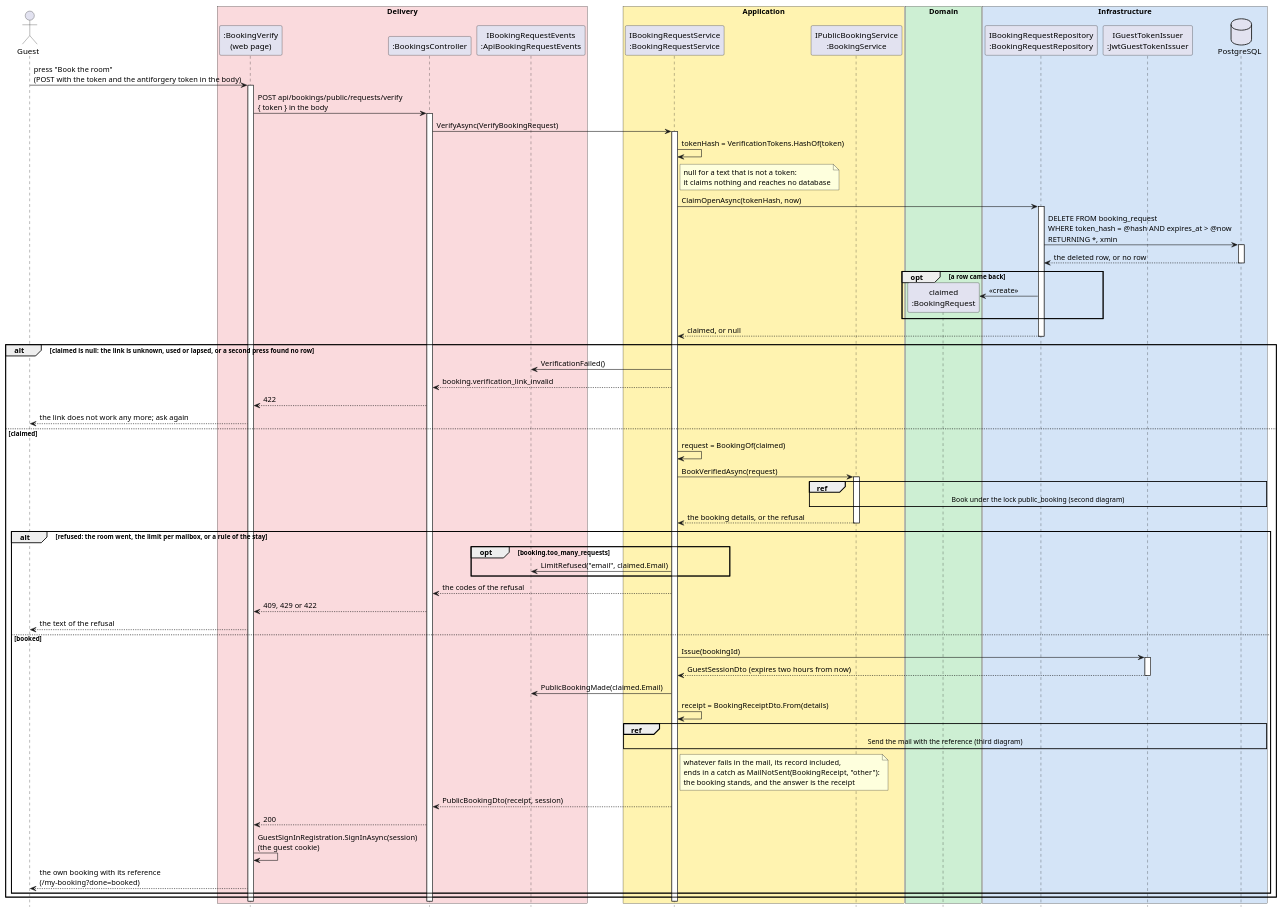
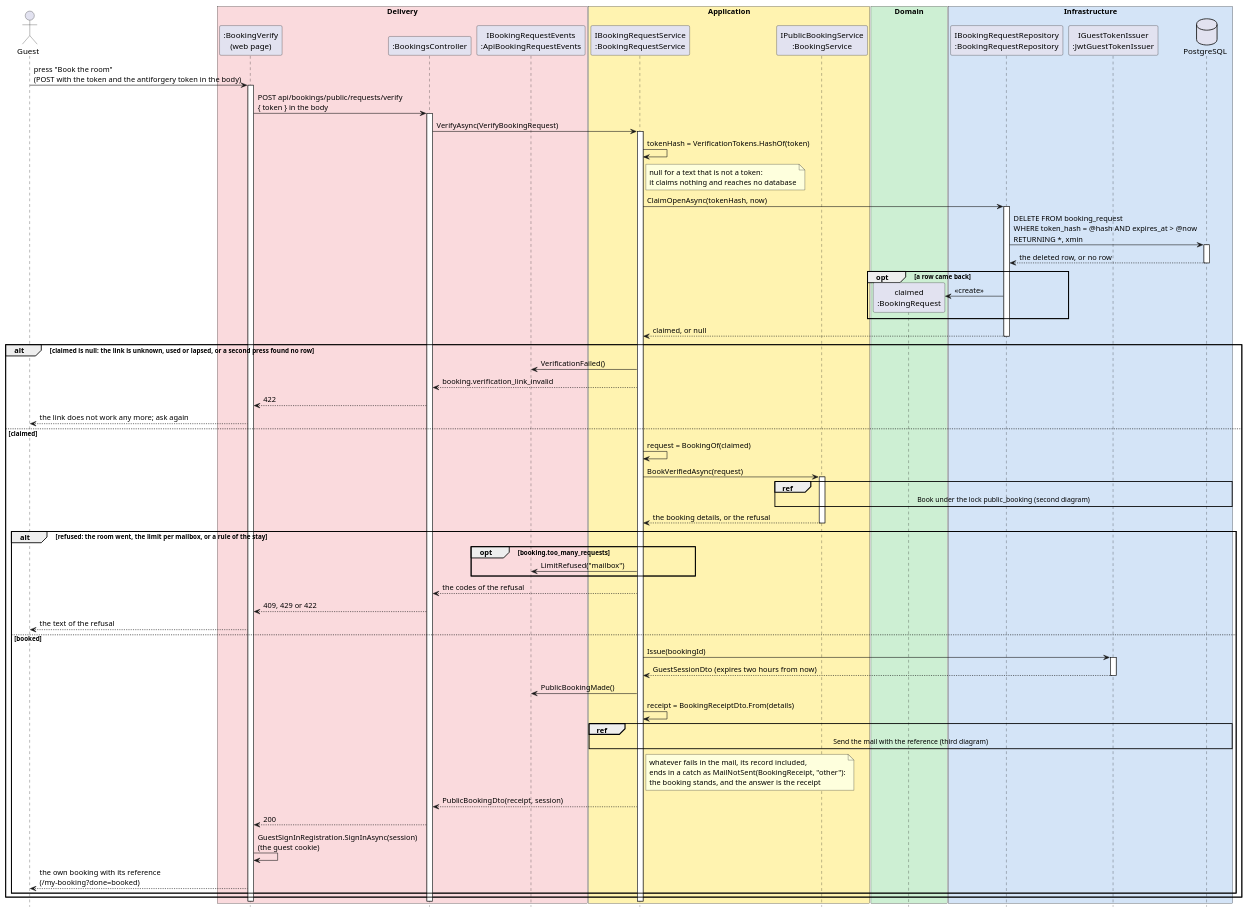
The first of 3 diagrams in docs/use-cases/uc-011/sd.md (NF-Hotel/NFHotel), drawn with PlantUML before and after one commit. The commit also changed other lines of this file and 40 other files, not shown here.

```diff
--- a/docs/use-cases/uc-011/sd.md
+++ b/docs/use-cases/uc-011/sd.md
@@ -98,7 +99,7 @@
   deactivate Book
   alt refused: the room went, the limit per mailbox, or a rule of the stay
     opt booking.too_many_requests
-      Svc -> Events : LimitRefused("email", claimed.Email)
+      Svc -> Events : LimitRefused("mailbox")
     end
     Svc --> Ctl : the codes of the refusal
     Ctl --> Page : 409, 429 or 422
@@ -108,7 +109,7 @@
     activate Tokens
     Tokens --> Svc : GuestSessionDto (expires two hours from now)
     deactivate Tokens
-    Svc -> Events : PublicBookingMade(claimed.Email)
+    Svc -> Events : PublicBookingMade()
     Svc -> Svc : receipt = BookingReceiptDto.From(details)
     ref over Svc, DB : Send the mail with the reference (third diagram)
     note right of Svc : whatever fails in the mail, its record included,\nends in a catch as MailNotSent(BookingReceipt, "other"):\nthe booking stands, and the answer is the receipt
```
